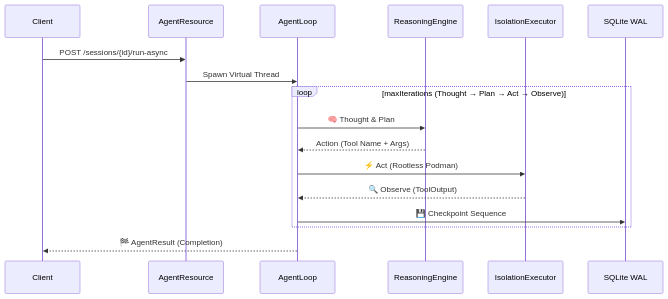
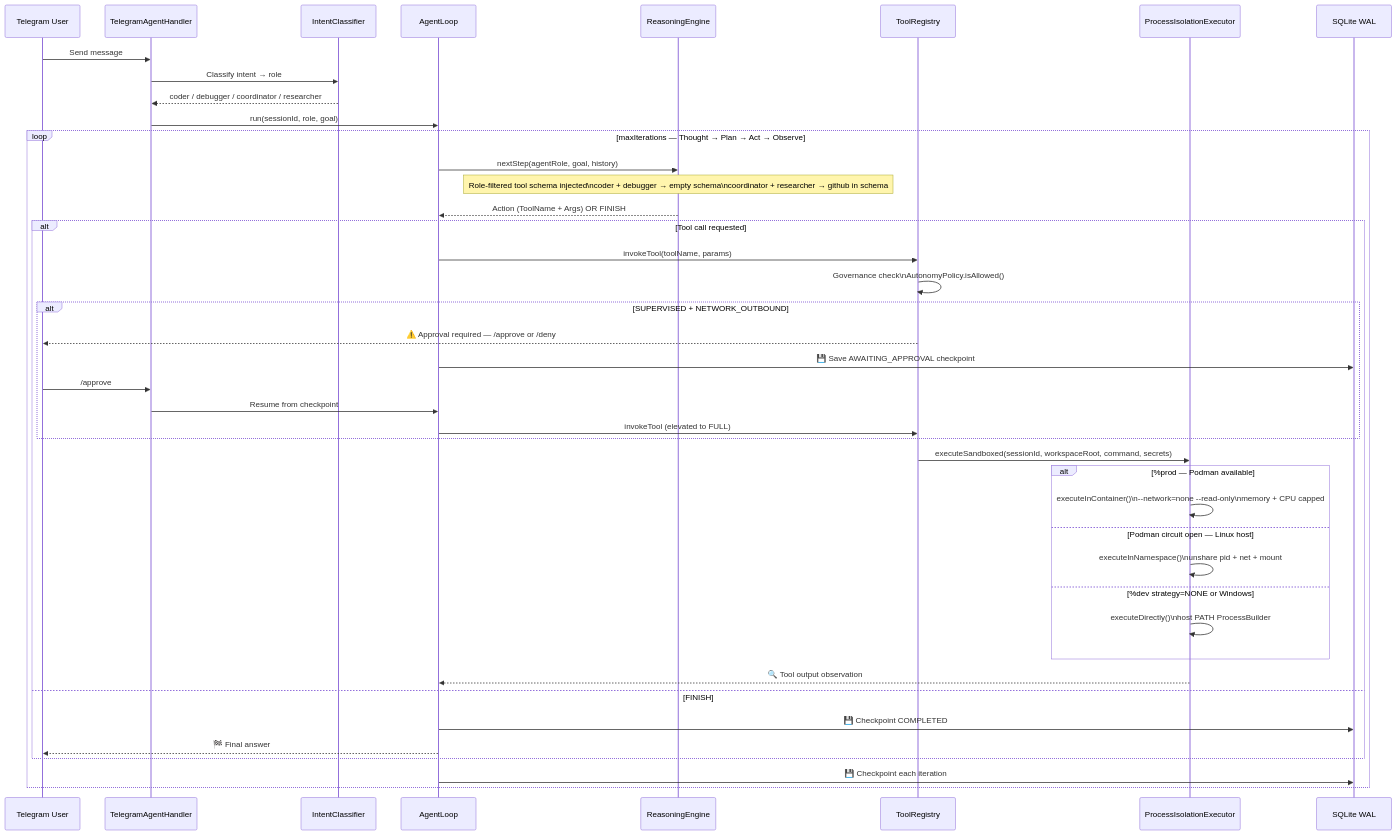
Before and after one commit to rsrini7/AmshaAgent: the second of 2 diagrams in README.md, drawn with Mermaid. The commit also changed other lines of this file, not shown here.

Commit message:
docs: update README with detailed architecture and sandbox degradation
- Expand architecture diagram to include Telegram integration, intent classification, role-based tool schema filtering, and HITL governance
- Update sequence diagram to reflect new approval flows and sandbox degradation tiers
- Clarify three-tier sandbox degradation strategy (Podman containers, Linux namespaces, direct execution)
- Add note about sandbox degradation tiers for different environments

````diff
--- a/README.md
+++ b/README.md
@@ -83,20 +101,52 @@
 ```mermaid
 sequenceDiagram
-    participant C as Client
-    participant API as AgentResource
+    participant T as Telegram User
+    participant TH as TelegramAgentHandler
+    participant IC as IntentClassifier
     participant AL as AgentLoop
     participant LLM as ReasoningEngine
-    participant Sandbox as IsolationExecutor
+    participant TR as ToolRegistry
+    participant PIE as ProcessIsolationExecutor
     participant DB as SQLite WAL
 
-    C->>API: POST /sessions/{id}/run-async
-    API->>AL: Spawn Virtual Thread
-    loop maxIterations (Thought → Plan → Act → Observe)
-        AL->>LLM: 🧠 Thought & Plan
-        LLM-->>AL: Action (Tool Name + Args)
-        AL->>Sandbox: ⚡ Act (Rootless Podman)
-        Sandbox-->>AL: 🔍 Observe (ToolOutput)
-        AL->>DB: 💾 Checkpoint Sequence
+    T->>TH: Send message
+    TH->>IC: Classify intent → role
+    IC-->>TH: coder / debugger / coordinator / researcher
+    TH->>AL: run(sessionId, role, goal)
+
+    loop maxIterations — Thought → Plan → Act → Observe
+        AL->>LLM: nextStep(agentRole, goal, history)
+        Note over LLM: Role-filtered tool schema injected\ncoder + debugger → empty schema\ncoordinator + researcher → github in schema
+        LLM-->>AL: Action (ToolName + Args) OR FINISH
+
+        alt Tool call requested
+            AL->>TR: invokeTool(toolName, params)
+            TR->>TR: Governance check\nAutonomyPolicy.isAllowed()
+
+            alt SUPERVISED + NETWORK_OUTBOUND
+                TR-->>T: ⚠️ Approval required — /approve or /deny
+                AL->>DB: 💾 Save AWAITING_APPROVAL checkpoint
+                T->>TH: /approve
+                TH->>AL: Resume from checkpoint
+                AL->>TR: invokeTool (elevated to FULL)
+            end
+
+            TR->>PIE: executeSandboxed(sessionId, workspaceRoot, command, secrets)
+
+            alt %prod — Podman available
+                PIE->>PIE: executeInContainer()\n--network=none --read-only\nmemory + CPU capped
+            else Podman circuit open — Linux host
+                PIE->>PIE: executeInNamespace()\nunshare pid + net + mount
+            else %dev strategy=NONE or Windows
+                PIE->>PIE: executeDirectly()\nhost PATH ProcessBuilder
+            end
+
+            PIE-->>AL: 🔍 Tool output observation
+        else FINISH
+            AL->>DB: 💾 Checkpoint COMPLETED
+            AL-->>T: 🏁 Final answer
+        end
+
+        AL->>DB: 💾 Checkpoint each iteration
     end
-    AL-->>C: 🏁 AgentResult (Completion)
 ```
````
